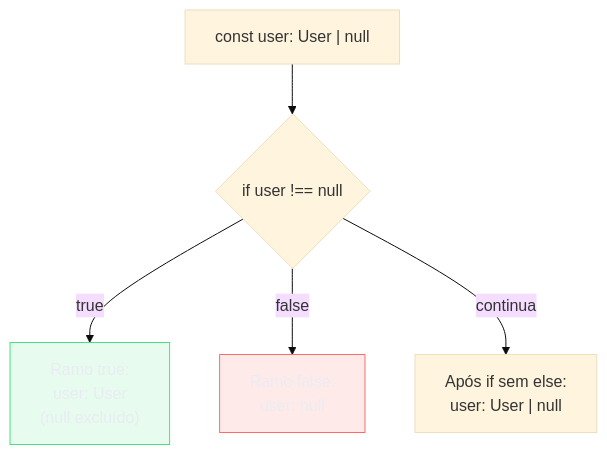
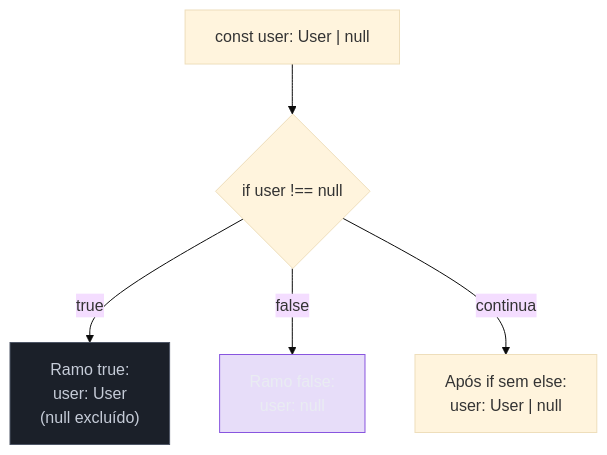
One commit to josenaldo/codex-technomanticus changed the second of 5 diagrams in 03-Dominios/Tecnologia/TypeScript/05 - strictNullChecks - null, undefined e optional.md. Above: the diagram before and after it, drawn with Mermaid (base theme). The commit also changed other lines of this file and 601 other files, not shown here.

````diff
--- a/03-Dominios/Tecnologia/TypeScript/05 - strictNullChecks - null, undefined e optional.md
+++ b/03-Dominios/Tecnologia/TypeScript/05 - strictNullChecks - null, undefined e optional.md
@@ -114,18 +114,18 @@
 ```mermaid
 flowchart TD
-    classDef ok fill:#4ADE8021,stroke:#4ADE80,color:#E9ECF2
-    classDef falha fill:#FF6B6B24,stroke:#FF6B6B,color:#E9ECF2
+    classDef marca fill:#8855DF33,stroke:#8855DF,color:#E9ECF2
+    classDef neutro fill:#1B2029,stroke:#4E5666,color:#C6CCD8
     A["const user: User | null"]
     B{"if user !== null"}
     C["Ramo true:\nuser: User\n(null excluído)"]
     D["Ramo false:\nuser: null"]
     E["Após if sem else:\nuser: User | null"]
 
     A --> B
     B -->|true| C
     B -->|false| D
     B -->|"continua"| E
 
-    class C ok
-    class D falha
+    class C neutro
+    class D marca
 ```
````
